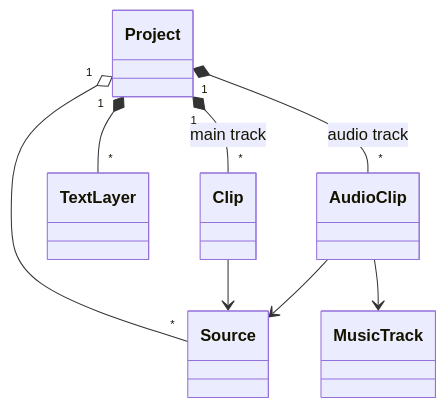
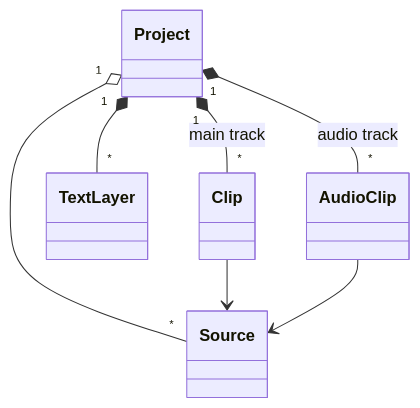
The diagram in specs/10-domain/model.md (thanh-taro/clip-maker), drawn with Mermaid before and after one commit. The commit also changed other lines of this file and 30 other files, not shown here.

First line of the commit message:
Spec change D-052: remove the bundled music; Music opens the user's own audio files at the playhead

````diff
--- a/specs/10-domain/model.md
+++ b/specs/10-domain/model.md
@@ -6,10 +6,9 @@
 ```mermaid
 classDiagram
   Project "1" o-- "*" Source
   Project "1" *-- "*" Clip : main track
   Project "1" *-- "*" TextLayer
   Project "1" *-- "*" AudioClip : audio track
   Clip --> Source
   AudioClip --> Source
-  AudioClip --> MusicTrack
 ```
````
